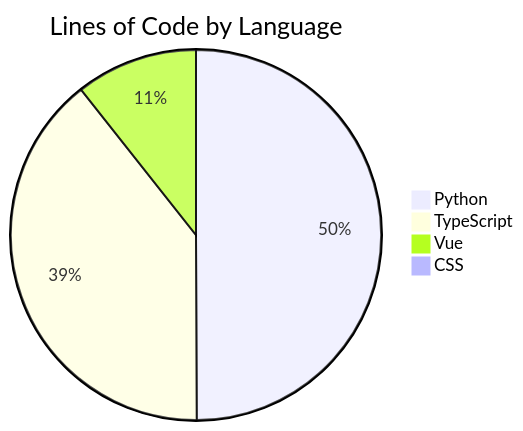
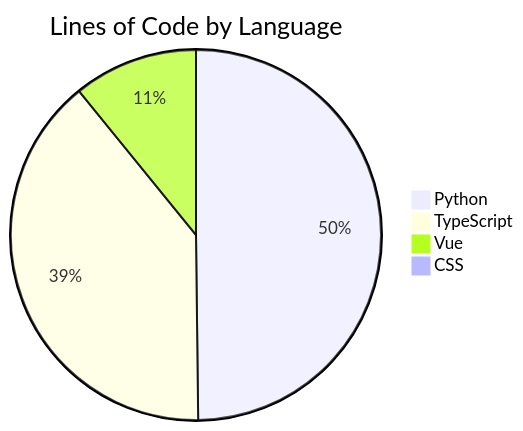
One commit to ISW-stack/AI3L-Community changed the diagram in README.md. Above: the diagram before and after it, drawn with Mermaid. The commit also changed other lines of this file and 1 other file, not shown here.

````diff
--- a/README.md
+++ b/README.md
@@ -374,7 +374,7 @@
 ```mermaid
 pie title Lines of Code by Language
-    "Python" : 118152
-    "TypeScript" : 93246
-    "Vue" : 25204
+    "Python" : 119898
+    "TypeScript" : 94651
+    "Vue" : 26152
     "CSS" : 134
 ```
````
